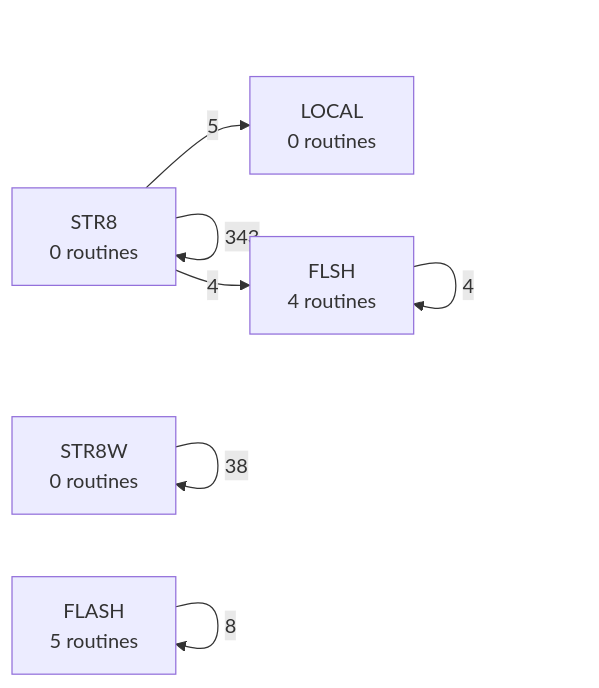
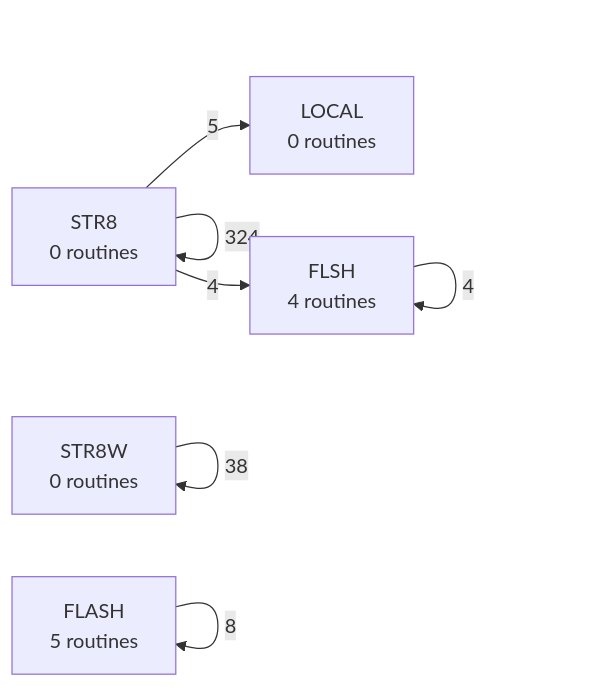
Before and after one commit to 95westus/R-YORS: the fifth of 6 diagrams in DOC/GENERATED/ROUTINE_PREFIX_MAP.md, drawn with Mermaid. The commit also changed other lines of this file and 25 other files, not shown here.

````diff
--- a/DOC/GENERATED/ROUTINE_PREFIX_MAP.md
+++ b/DOC/GENERATED/ROUTINE_PREFIX_MAP.md
@@ -79,9 +79,9 @@
 ```mermaid
 flowchart LR
-    P_STR8["STR8<br/>0 routines"] -->|343| P_STR8["STR8<br/>0 routines"]
+    P_STR8["STR8<br/>0 routines"] -->|324| P_STR8["STR8<br/>0 routines"]
     P_STR8W["STR8W<br/>0 routines"] -->|38| P_STR8W["STR8W<br/>0 routines"]
     P_FLASH["FLASH<br/>5 routines"] -->|8| P_FLASH["FLASH<br/>5 routines"]
     P_STR8["STR8<br/>0 routines"] -->|5| P_LOCAL["LOCAL<br/>0 routines"]
     P_FLSH["FLSH<br/>4 routines"] -->|4| P_FLSH["FLSH<br/>4 routines"]
     P_STR8["STR8<br/>0 routines"] -->|4| P_FLSH["FLSH<br/>4 routines"]
 ```
````
